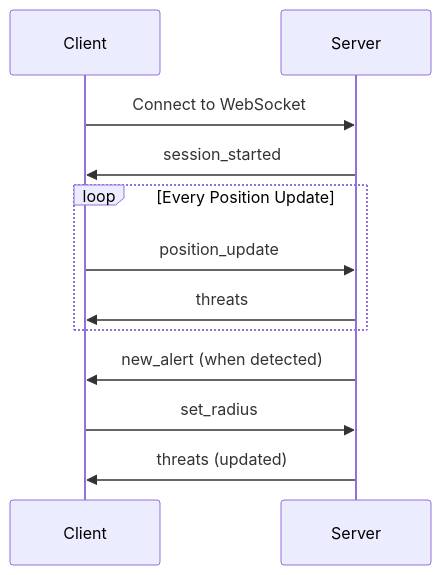
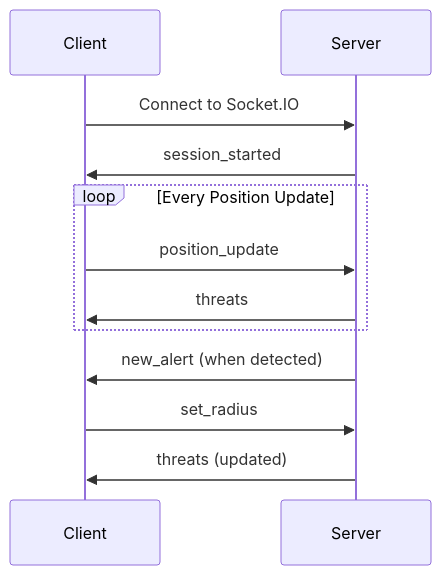
One commit to CHA0S-CORP/SkySpy changed the sixth of 6 diagrams in docs/17-cannonball-mode.md. Above: the diagram before and after it, drawn with Mermaid. The commit also changed other lines of this file and 18 other files, not shown here.

````diff
--- a/docs/17-cannonball-mode.md
+++ b/docs/17-cannonball-mode.md
@@ -674,18 +678,18 @@
 ```mermaid
 sequenceDiagram
     participant C as Client
     participant S as Server
 
-    C->>S: Connect to WebSocket
+    C->>S: Connect to Socket.IO
     S->>C: session_started
 
     loop Every Position Update
         C->>S: position_update
         S->>C: threats
     end
 
     S->>C: new_alert (when detected)
 
     C->>S: set_radius
     S->>C: threats (updated)
 ```
````
